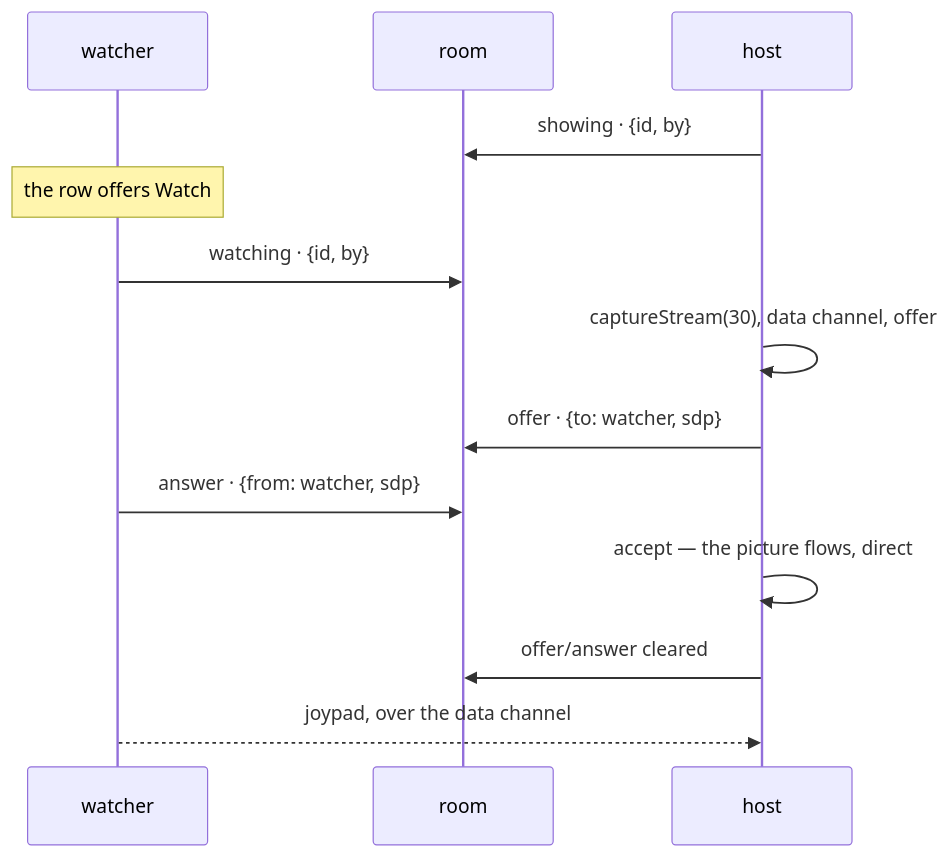
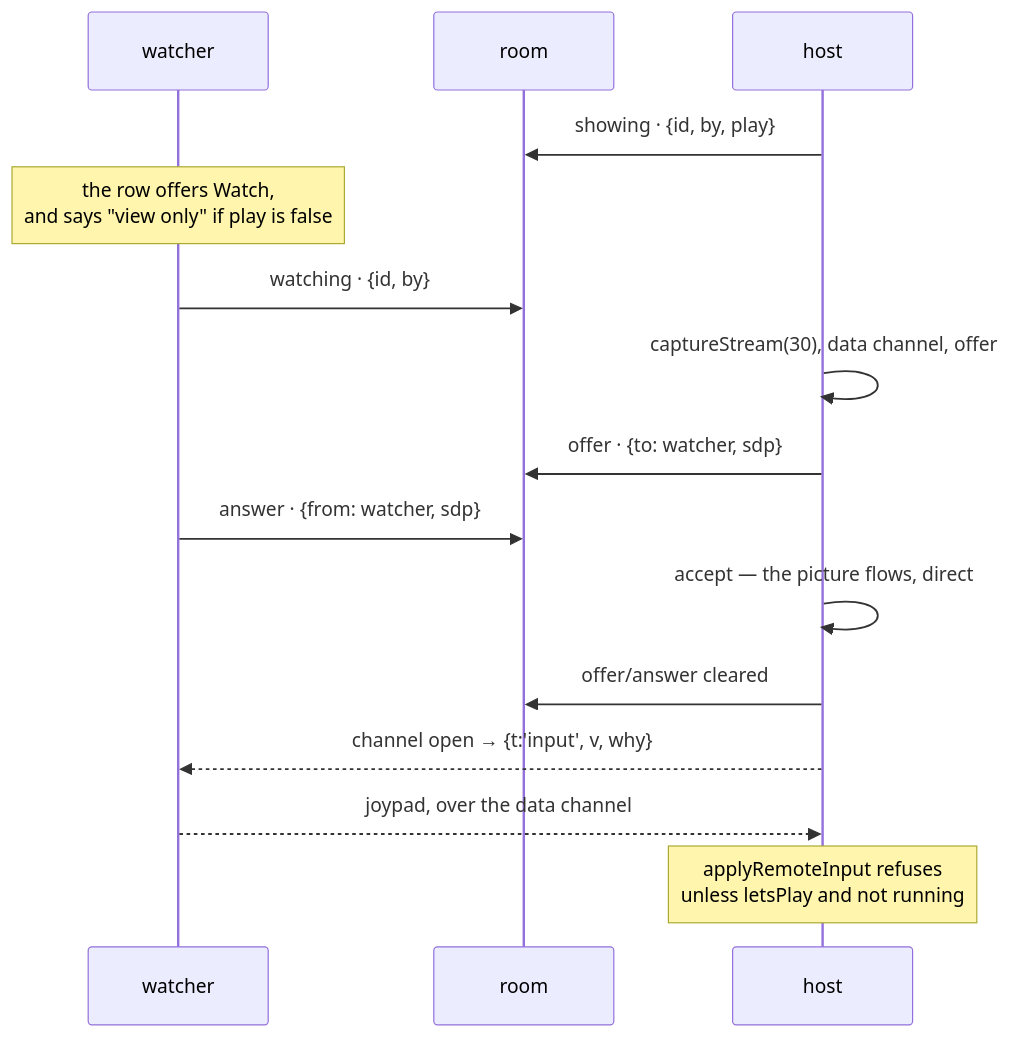
Diagram 20 of 21 in docs/CODE.md (minormending/crystal-pilot-mobile), drawn with Mermaid before and after one commit. The commit also changed other lines of this file and 5 other files, not shown here.

````diff
--- a/docs/CODE.md
+++ b/docs/CODE.md
@@ -2035,15 +2035,17 @@
 ```mermaid
 sequenceDiagram
     participant W as watcher
     participant R as room
     participant H as host
-    H->>R: showing · {id, by}
-    Note over W: the row offers Watch
+    H->>R: showing · {id, by, play}
+    Note over W: the row offers Watch,<br/>and says "view only" if play is false
     W->>R: watching · {id, by}
     H->>H: captureStream(30), data channel, offer
     H->>R: offer · {to: watcher, sdp}
     W->>R: answer · {from: watcher, sdp}
     H->>H: accept — the picture flows, direct
     H->>R: offer/answer cleared
+    H-->>W: channel open → {t:'input', v, why}
     W-->>H: joypad, over the data channel
+    Note over H: applyRemoteInput refuses<br/>unless letsPlay and not running
 ```
````
